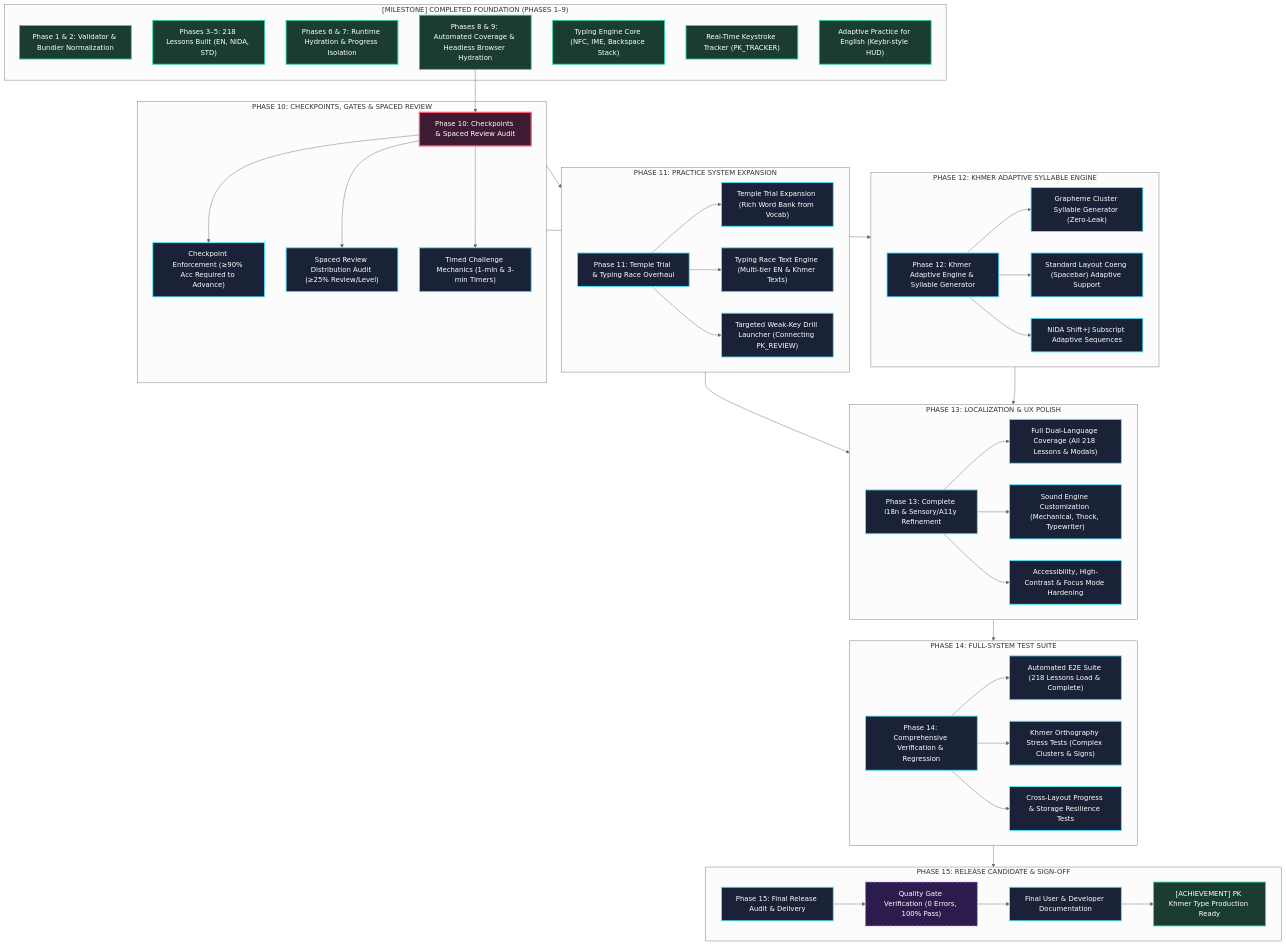
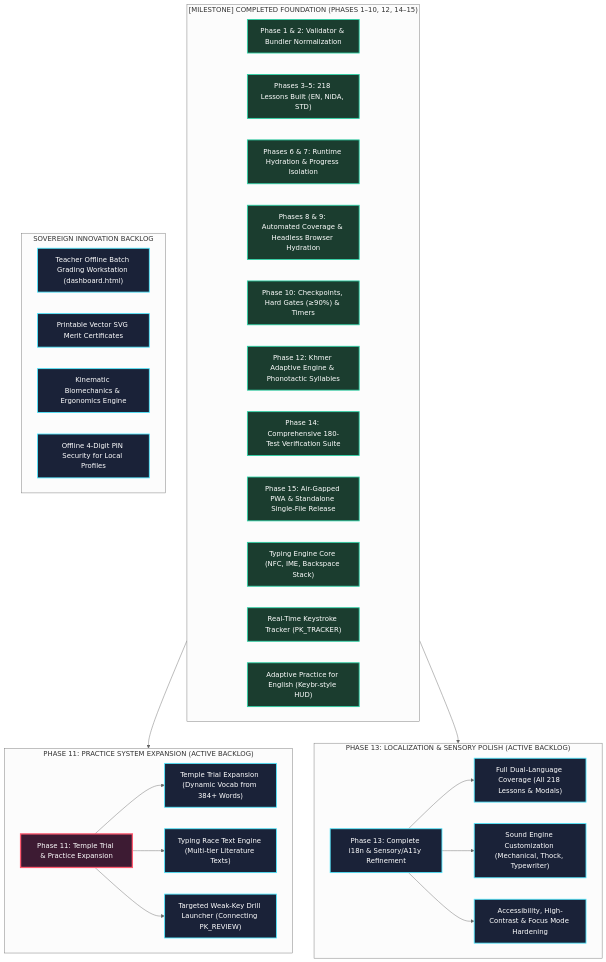
Before and after one commit to not-Phana/PK-Khmer-Type: the first of 2 diagrams in docs/PK_KHMER_TYPE_MASTER_ROADMAP.md, drawn with Mermaid (neutral theme). The commit also changed other lines of this file and 1 other file, not shown here.

Commit message:
docs(roadmap): prune completed phases A through I and formalize active innovation backlog

````diff
--- a/docs/PK_KHMER_TYPE_MASTER_ROADMAP.md
+++ b/docs/PK_KHMER_TYPE_MASTER_ROADMAP.md
@@ -48,50 +50,35 @@
     classDef gate fill:#2c1b4d,stroke:#a06bff,stroke-width:2px,stroke-dasharray: 5 5,color:#fff;
 
     %% COMPLETED BASELINE
-    subgraph BASELINE ["[MILESTONE] COMPLETED FOUNDATION (PHASES 1–9)"]
+    subgraph BASELINE ["[MILESTONE] COMPLETED FOUNDATION (PHASES 1–10, 12, 14–15)"]
         P1_P2["Phase 1 & 2: Validator & Bundler Normalization"]:::done
         P3_P5["Phases 3–5: 218 Lessons Built (EN, NiDA, STD)"]:::done
         P6_P7["Phases 6 & 7: Runtime Hydration & Progress Isolation"]:::done
         P8_P9["Phases 8 & 9: Automated Coverage & Headless Browser Hydration"]:::done
+        P10_DONE["Phase 10: Checkpoints, Hard Gates (≥90%) & Timers"]:::done
+        P12_DONE["Phase 12: Khmer Adaptive Engine & Phonotactic Syllables"]:::done
+        P14_DONE["Phase 14: Comprehensive 180-Test Verification Suite"]:::done
+        P15_DONE["Phase 15: Air-Gapped PWA & Standalone Single-File Release"]:::done
         ENG_CORE["Typing Engine Core (NFC, IME, Backspace Stack)"]:::done
         TRACKER["Real-Time Keystroke Tracker (PK_TRACKER)"]:::done
         ADAPT_EN["Adaptive Practice for English (Keybr-style HUD)"]:::done
     end
 
-    %% CRITICAL PATH & FUTURE PHASES
-    P8_P9 --> PHASE10
-    
-    subgraph PHASE10_SUB ["PHASE 10: CHECKPOINTS, GATES & SPACED REVIEW"]
-        PHASE10["Phase 10: Checkpoints & Spaced Review Audit"]:::next
-        CP_GATE["Checkpoint Enforcement (≥90% Acc Required to Advance)"]:::planned
-        SPACED_REV["Spaced Review Distribution Audit (≥25% Review/Level)"]:::planned
-        TIMED_CHALLENGE["Timed Challenge Mechanics (1-min & 3-min Timers)"]:::planned
-        PHASE10 --> CP_GATE
-        PHASE10 --> SPACED_REV
-        PHASE10 --> TIMED_CHALLENGE
-    end
+    %% CRITICAL PATH & ACTIVE BACKLOG
+    BASELINE --> PHASE11_SUB
+    BASELINE --> PHASE13_SUB
 
-    subgraph PHASE11_SUB ["PHASE 11: PRACTICE SYSTEM EXPANSION"]
-        PHASE11["Phase 11: Temple Trial & Typing Race Overhaul"]:::planned
-        TRIAL_EXP["Temple Trial Expansion (Rich Word Bank from Vocab)"]:::planned
-        RACE_EXP["Typing Race Text Engine (Multi-tier EN & Khmer Texts)"]:::planned
+    subgraph PHASE11_SUB ["PHASE 11: PRACTICE SYSTEM EXPANSION (ACTIVE BACKLOG)"]
+        PHASE11["Phase 11: Temple Trial & Practice Expansion"]:::next
+        TRIAL_EXP["Temple Trial Expansion (Dynamic Vocab from 384+ Words)"]:::planned
+        RACE_EXP["Typing Race Text Engine (Multi-tier Literature Texts)"]:::planned
         REVIEW_UI["Targeted Weak-Key Drill Launcher (Connecting PK_REVIEW)"]:::planned
         PHASE11 --> TRIAL_EXP
         PHASE11 --> RACE_EXP
         PHASE11 --> REVIEW_UI
     end
 
-    subgraph PHASE12_SUB ["PHASE 12: KHMER ADAPTIVE SYLLABLE ENGINE"]
-        PHASE12["Phase 12: Khmer Adaptive Engine & Syllable Generator"]:::planned
-        KM_SYLLABLE["Grapheme Cluster Syllable Generator (Zero-Leak)"]:::planned
-        STD_SPACE["Standard Layout Coeng (Spacebar) Adaptive Support"]:::planned
-        NIDA_COENG["NiDA Shift+J Subscript Adaptive Sequences"]:::planned
-        PHASE12 --> KM_SYLLABLE
-        PHASE12 --> STD_SPACE
-        PHASE12 --> NIDA_COENG
-    end
-
-    subgraph PHASE13_SUB ["PHASE 13: LOCALIZATION & UX POLISH"]
+    subgraph PHASE13_SUB ["PHASE 13: LOCALIZATION & SENSORY POLISH (ACTIVE BACKLOG)"]
         PHASE13["Phase 13: Complete i18n & Sensory/A11y Refinement"]:::planned
         I18N_FULL["Full Dual-Language Coverage (All 218 Lessons & Modals)"]:::planned
         AUDIO_PROFILE["Sound Engine Customization (Mechanical, Thock, Typewriter)"]:::planned
@@ -101,31 +88,10 @@
         PHASE13 --> A11Y_FOCUS
     end
 
-    subgraph PHASE14_SUB ["PHASE 14: FULL-SYSTEM TEST SUITE"]
-        PHASE14["Phase 14: Comprehensive Verification & Regression"]:::planned
-        E2E_ALL["Automated E2E Suite (218 Lessons Load & Complete)"]:::planned
-        KM_ORTHO["Khmer Orthography Stress Tests (Complex Clusters & Signs)"]:::planned
-        ISOLATION_TEST["Cross-Layout Progress & Storage Resilience Tests"]:::planned
-        PHASE14 --> E2E_ALL
-        PHASE14 --> KM_ORTHO
-        PHASE14 --> ISOLATION_TEST
+    subgraph SOVEREIGN_BACKLOG ["SOVEREIGN INNOVATION BACKLOG"]
+        BATCH_GRADE["Teacher Offline Batch Grading Workstation (dashboard.html)"]:::planned
+        CERT_SVG["Printable Vector SVG Merit Certificates"]:::planned
+        BIOMECH["Kinematic Biomechanics & Ergonomics Engine"]:::planned
+        PIN_SEC["Offline 4-Digit PIN Security for Local Profiles"]:::planned
     end
-
-    subgraph PHASE15_SUB ["PHASE 15: RELEASE CANDIDATE & SIGN-OFF"]
-        PHASE15["Phase 15: Final Release Audit & Delivery"]:::planned
-        RELEASE_GATE["Quality Gate Verification (0 Errors, 100% Pass)"]:::gate
-        DOCS["Final User & Developer Documentation"]:::planned
-        SIGN_OFF["[ACHIEVEMENT] PK Khmer Type Production Ready"]:::done
-        PHASE15 --> RELEASE_GATE
-        RELEASE_GATE --> DOCS
-        DOCS --> SIGN_OFF
-    end
-
-    %% INTER-PHASE DEPENDENCIES
-    PHASE10_SUB --> PHASE11_SUB
-    PHASE10_SUB --> PHASE12_SUB
-    PHASE11_SUB --> PHASE13_SUB
-    PHASE12_SUB --> PHASE13_SUB
-    PHASE13_SUB --> PHASE14_SUB
-    PHASE14_SUB --> PHASE15_SUB
 ```
````
